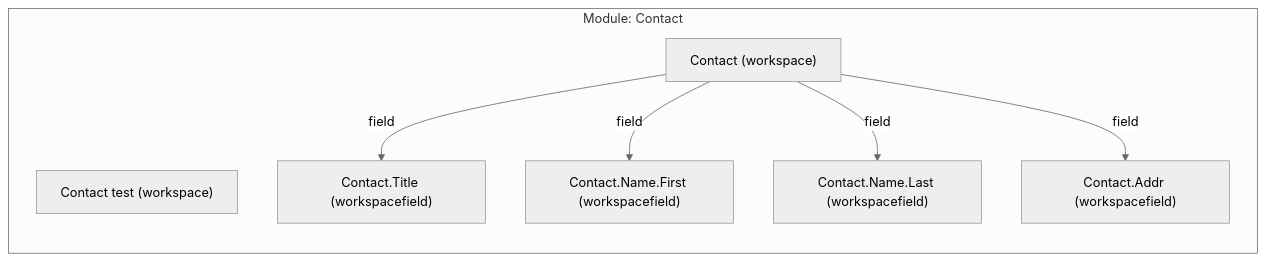
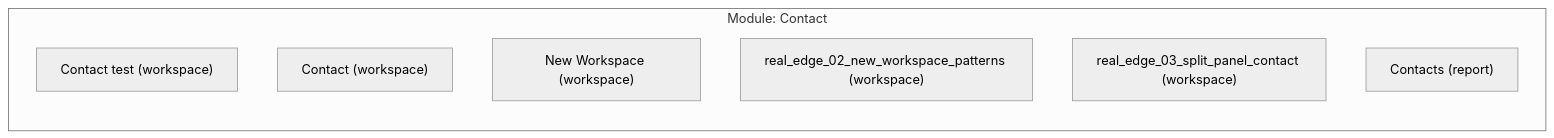
The first of 4 diagrams in results/COMPLETE_SYSTEM_MAPPING.md (SujalMatolia0/Config_Migration), drawn with Mermaid (neutral theme) before and after one commit. The commit also changed other lines of this file and 28 other files, not shown here.

Commit message:
refactor: simplify graph rendering by removing workspace hub expansion logic and increasing visualization limits.

````diff
--- a/results/COMPLETE_SYSTEM_MAPPING.md
+++ b/results/COMPLETE_SYSTEM_MAPPING.md
@@ -75,15 +75,11 @@
 ```mermaid
 flowchart LR
   subgraph MOD_Contact ["Module: Contact"]
     N_workspace_contact_test["Contact test (workspace)"]
     N_workspace_contact["Contact (workspace)"]
-    N_workspacefield_contact_title["Contact.Title (workspacefield)"]
-    N_workspacefield_contact_name_first["Contact.Name.First (workspacefield)"]
-    N_workspacefield_contact_name_last["Contact.Name.Last (workspacefield)"]
-    N_workspacefield_contact_addr["Contact.Addr (workspacefield)"]
-    N_workspace_contact -->|"field"| N_workspacefield_contact_title
-    N_workspace_contact -->|"field"| N_workspacefield_contact_name_first
-    N_workspace_contact -->|"field"| N_workspacefield_contact_name_last
-    N_workspace_contact -->|"field"| N_workspacefield_contact_addr
+    N_workspace_new_workspace["New Workspace (workspace)"]
+    N_workspace_real_edge_02_new_workspace_patterns["real_edge_02_new_workspace_patterns (workspace)"]
+    N_workspace_real_edge_03_split_panel_contact["real_edge_03_split_panel_contact (workspace)"]
+    N_report_contacts["Contacts (report)"]
   end
 ```
````
